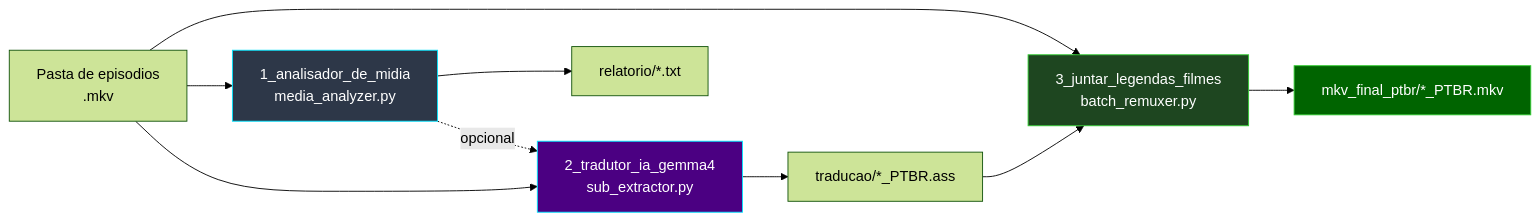
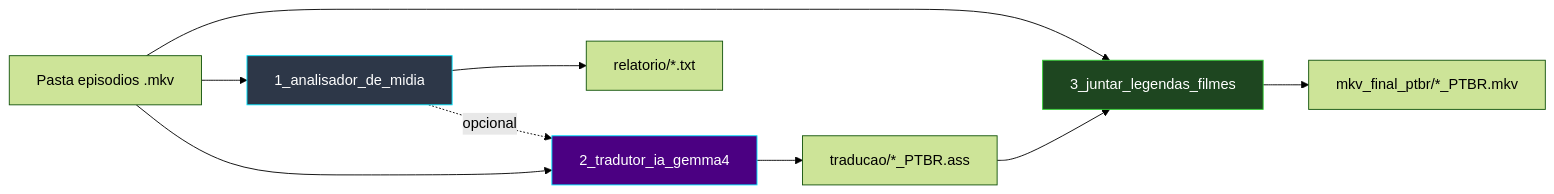
The first of 3 diagrams in docs/arquitetura.md (carmipa/projeto-tracker-animes-traducao), drawn with Mermaid (forest theme) before and after one commit. The commit also changed other lines of this file and 12 other files, not shown here.

````diff
--- a/docs/arquitetura.md
+++ b/docs/arquitetura.md
@@ -13,20 +18,19 @@
 ```mermaid
 flowchart LR
-    MKV["Pasta de episodios<br/>.mkv"]
+    MKV["Pasta episodios .mkv"]
 
-    MKV --> P0["1_analisador_de_midia<br/>media_analyzer.py"]
+    MKV --> P0["1_analisador_de_midia"]
     P0 -.->|opcional| P1
-    MKV --> P1["2_tradutor_ia_gemma4<br/>sub_extractor.py"]
+    MKV --> P1["2_tradutor_ia_gemma4"]
 
     P0 --> R0["relatorio/*.txt"]
     P1 --> R1["traducao/*_PTBR.ass"]
 
-    MKV --> P2["3_juntar_legendas_filmes<br/>batch_remuxer.py"]
+    MKV --> P2["3_juntar_legendas_filmes"]
     R1 --> P2
     P2 --> R2["mkv_final_ptbr/*_PTBR.mkv"]
 
     style P0 fill:#2d3748,stroke:#00E5FF,color:#fff
     style P1 fill:#4B0082,stroke:#00E5FF,color:#fff
     style P2 fill:#1e4620,stroke:#32CD32,color:#fff
-    style R2 fill:#006400,stroke:#32CD32,color:#fff
 ```
````
